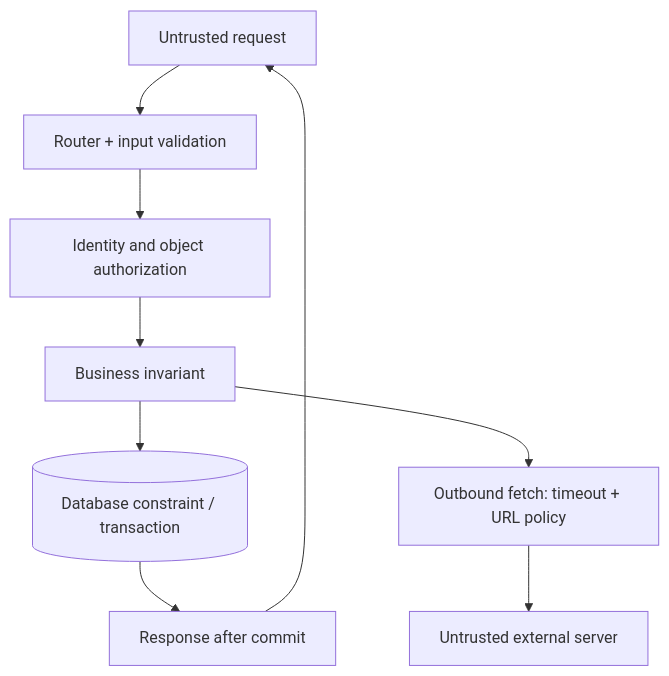
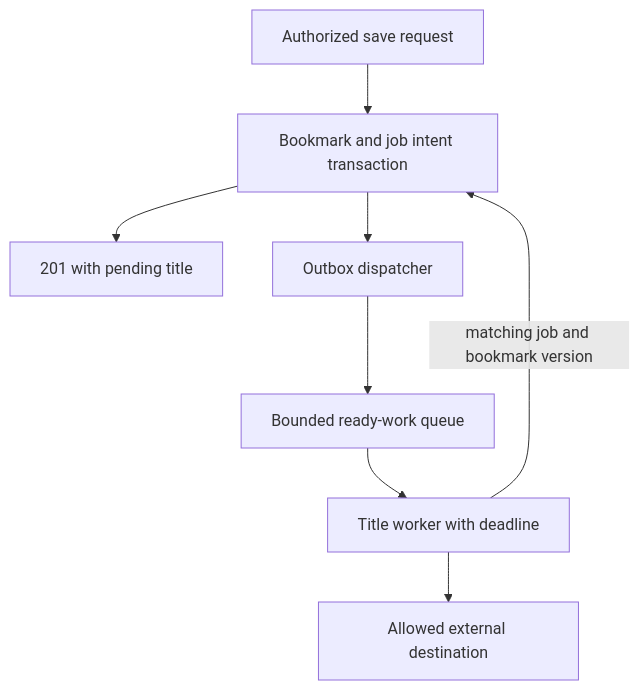
One commit to Soulful-Iris/junior-to-staff changed the diagram in curriculum/02-applications/01-backend/request-lifecycle.md. Above: the diagram before and after it, drawn with Mermaid. The commit also changed other lines of this file and 146 other files, not shown here.

Commit message:
Improve lesson context, actual UI examples and whole-course reading flow

````diff
--- a/curriculum/02-applications/01-backend/request-lifecycle.md
+++ b/curriculum/02-applications/01-backend/request-lifecycle.md
@@ -345,11 +76,10 @@
 ```mermaid
 flowchart TD
-  Browser["Untrusted request"] --> Router["Router + input validation"]
-  Router --> Auth["Identity and object authorization"]
-  Auth --> Handler["Business invariant"]
-  Handler --> DB[("Database constraint / transaction")]
-  Handler --> Fetch["Outbound fetch: timeout + URL policy"]
-  Fetch --> External["Untrusted external server"]
-  DB --> Reply["Response after commit"]
-  Reply --> Browser
+ A["Authorized save request"] --> T["Bookmark and job intent transaction"]
+ T --> R["201 with pending title"]
+ T --> D["Outbox dispatcher"]
+ D --> Q["Bounded ready-work queue"]
+ Q --> W["Title worker with deadline"]
+ W -->|matching job and bookmark version| T
+ W --> F["Allowed external destination"]
 ```
````
